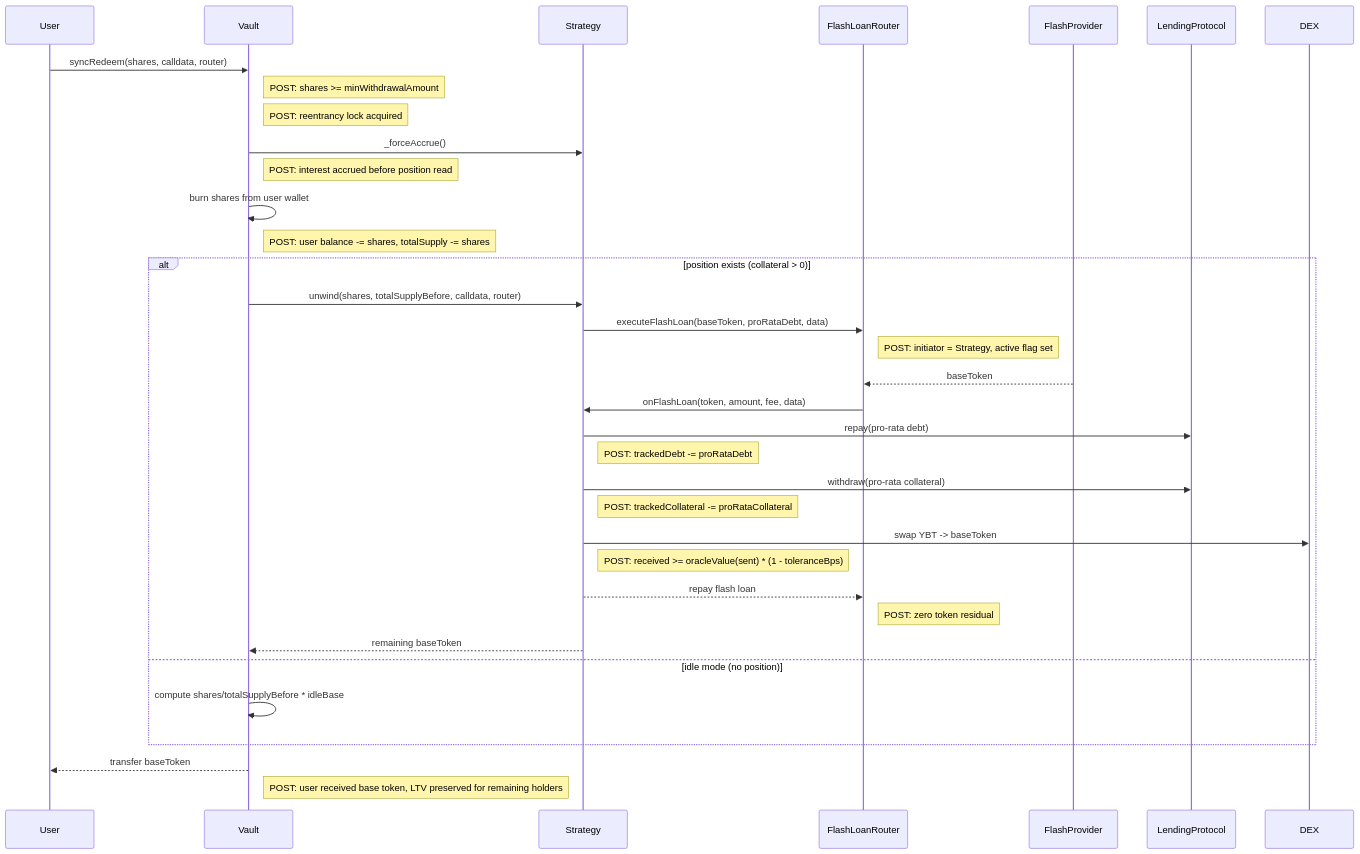
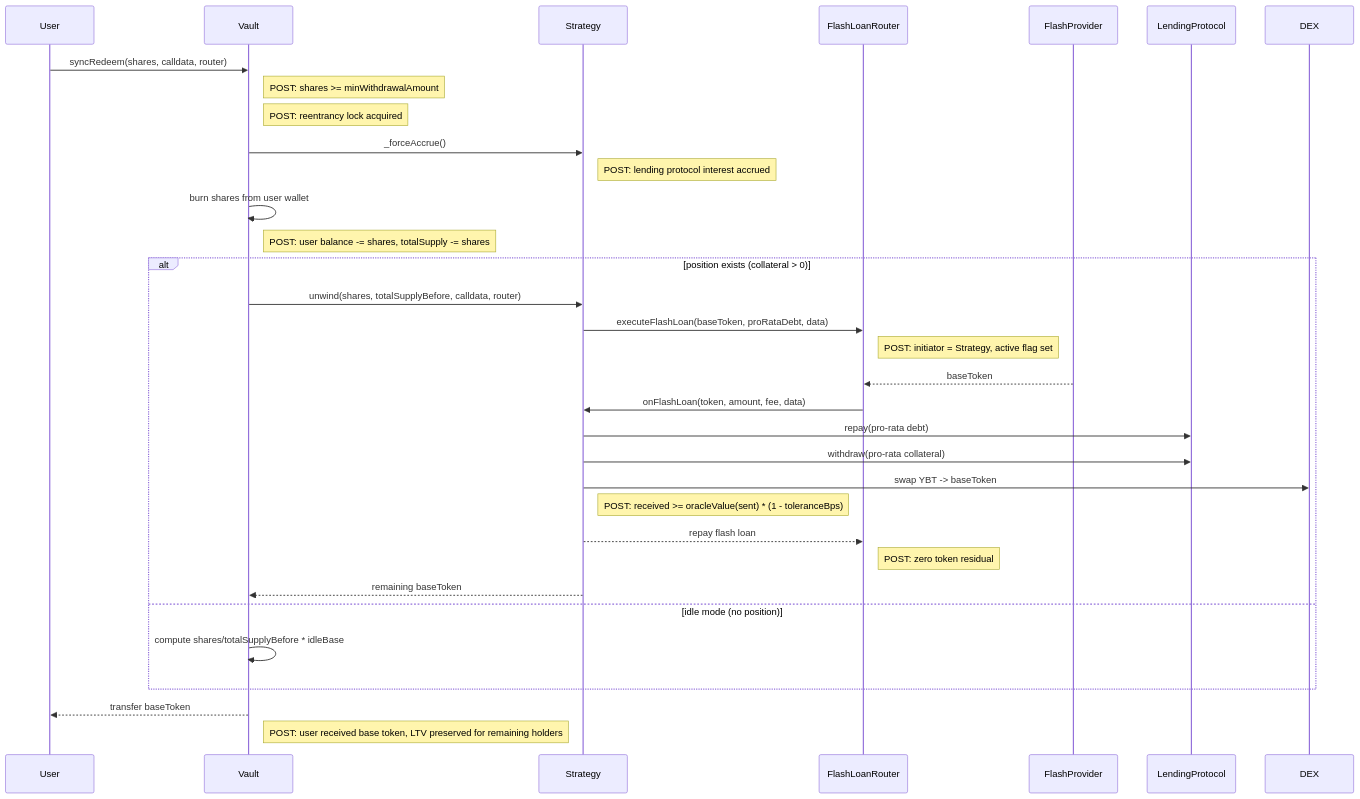
The sixth of 16 diagrams in docs/architecture/call-diagrams.md (evgenynacu/leverage-vaults), drawn with Mermaid before and after one commit. The commit also changed other lines of this file and 9 other files, not shown here.

````diff
--- a/docs/architecture/call-diagrams.md
+++ b/docs/architecture/call-diagrams.md
@@ -105,30 +102,28 @@
 ```mermaid
 sequenceDiagram
     User->>Vault: syncRedeem(shares, calldata, router)
     note right of Vault: POST: shares >= minWithdrawalAmount
     note right of Vault: POST: reentrancy lock acquired
     Vault->>Strategy: _forceAccrue()
-    note right of Vault: POST: interest accrued before position read
+    note right of Strategy: POST: lending protocol interest accrued
     Vault->>Vault: burn shares from user wallet
     note right of Vault: POST: user balance -= shares, totalSupply -= shares
     alt position exists (collateral > 0)
         Vault->>Strategy: unwind(shares, totalSupplyBefore, calldata, router)
         Strategy->>FlashLoanRouter: executeFlashLoan(baseToken, proRataDebt, data)
         note right of FlashLoanRouter: POST: initiator = Strategy, active flag set
         FlashProvider-->>FlashLoanRouter: baseToken
         FlashLoanRouter->>Strategy: onFlashLoan(token, amount, fee, data)
         Strategy->>LendingProtocol: repay(pro-rata debt)
-        note right of Strategy: POST: trackedDebt -= proRataDebt
         Strategy->>LendingProtocol: withdraw(pro-rata collateral)
-        note right of Strategy: POST: trackedCollateral -= proRataCollateral
         Strategy->>DEX: swap YBT -> baseToken
         note right of Strategy: POST: received >= oracleValue(sent) * (1 - toleranceBps)
         Strategy-->>FlashLoanRouter: repay flash loan
         note right of FlashLoanRouter: POST: zero token residual
         Strategy-->>Vault: remaining baseToken
     else idle mode (no position)
         Vault->>Vault: compute shares/totalSupplyBefore * idleBase
     end
     Vault-->>User: transfer baseToken
     note right of Vault: POST: user received base token, LTV preserved for remaining holders
 ```
````
